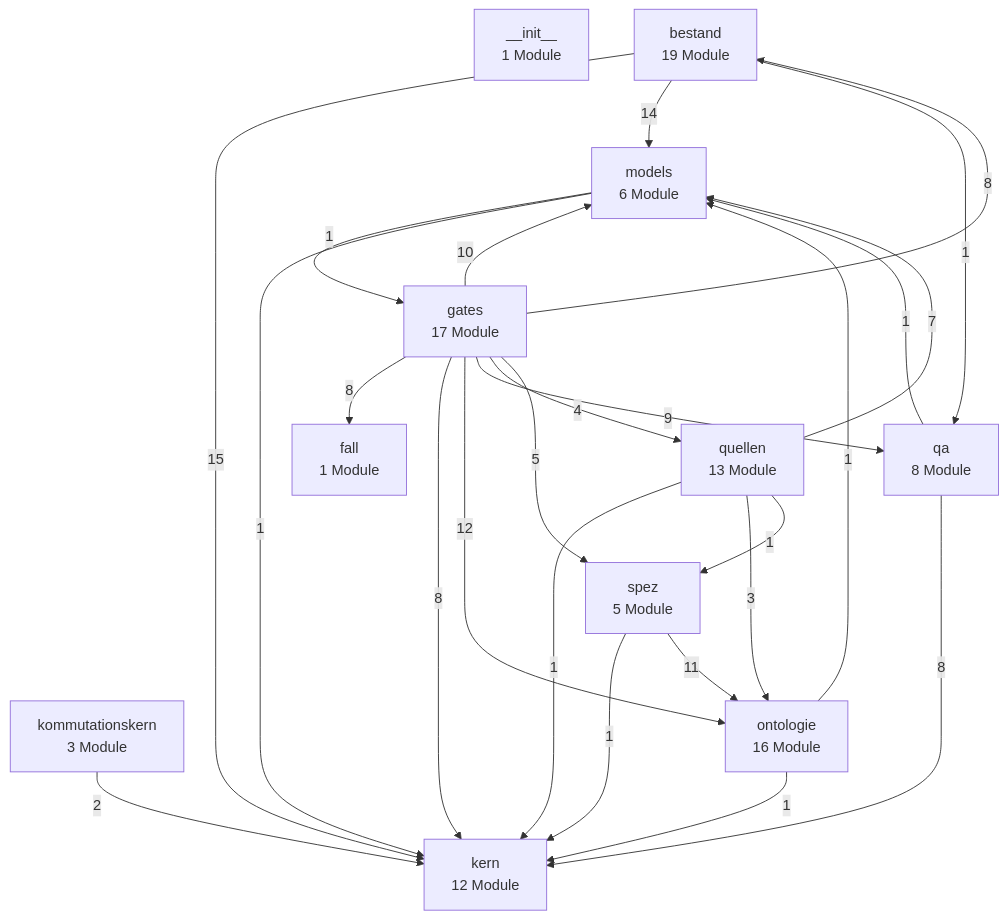
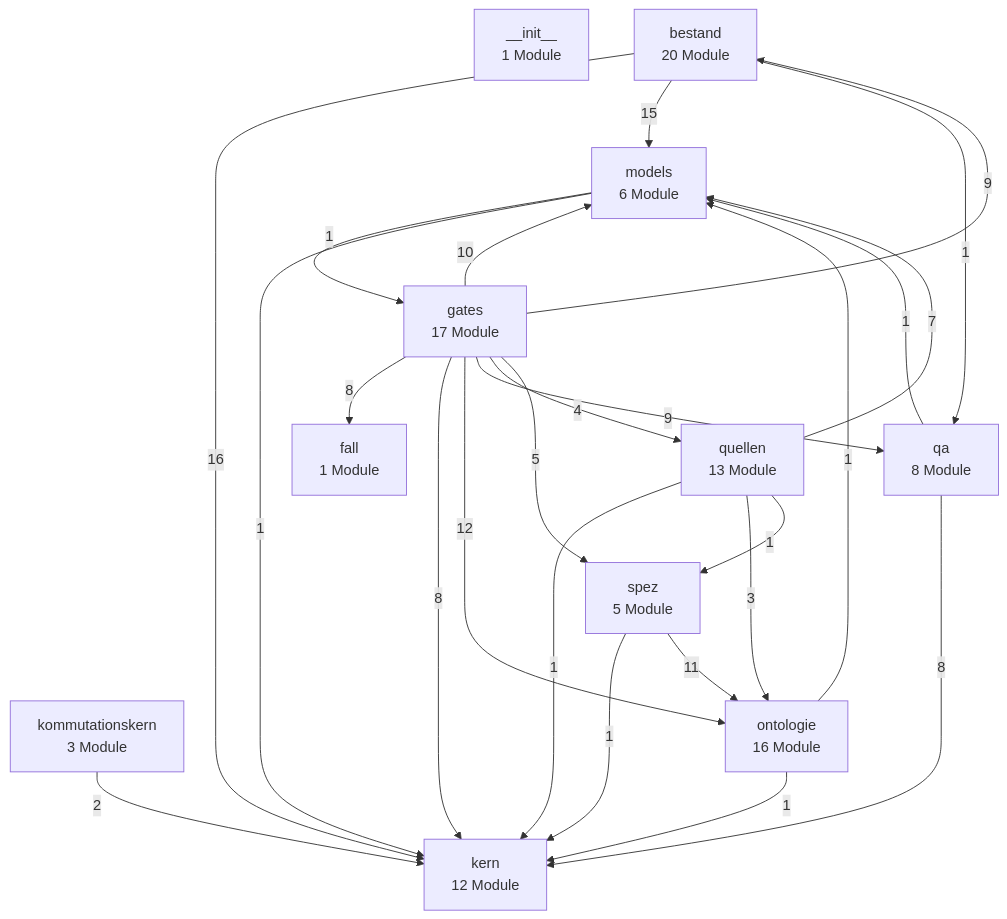
One commit to bartlmac/rechner-pipeline changed the first of 3 diagrams in docs/architektur/landkarte.md. Above: the diagram before and after it, drawn with Mermaid. The commit also changed other lines of this file and 30 other files, not shown here.

````diff
--- a/docs/architektur/landkarte.md
+++ b/docs/architektur/landkarte.md
@@ -27,39 +27,39 @@
 ```mermaid
 %% Schichten — erzeugt von ontologie.landkarte
 flowchart TD
     n__init__["__init__<br/>1 Module"]
-    bestand["bestand<br/>19 Module"]
+    bestand["bestand<br/>20 Module"]
     fall["fall<br/>1 Module"]
     gates["gates<br/>17 Module"]
     kern["kern<br/>12 Module"]
     kommutationskern["kommutationskern<br/>3 Module"]
     models["models<br/>6 Module"]
     ontologie["ontologie<br/>16 Module"]
     qa["qa<br/>8 Module"]
     quellen["quellen<br/>13 Module"]
     spez["spez<br/>5 Module"]
-    bestand -- 15 --> kern
-    bestand -- 14 --> models
+    bestand -- 16 --> kern
+    bestand -- 15 --> models
     bestand -- 1 --> qa
-    gates -- 8 --> bestand
+    gates -- 9 --> bestand
     gates -- 8 --> fall
     gates -- 8 --> kern
     gates -- 10 --> models
     gates -- 12 --> ontologie
     gates -- 9 --> qa
     gates -- 4 --> quellen
     gates -- 5 --> spez
     kommutationskern -- 2 --> kern
     models -- 1 --> gates
     models -- 1 --> kern
     ontologie -- 1 --> kern
     ontologie -- 1 --> models
     qa -- 8 --> kern
     qa -- 1 --> models
     quellen -- 1 --> kern
     quellen -- 7 --> models
     quellen -- 3 --> ontologie
     quellen -- 1 --> spez
     spez -- 1 --> kern
     spez -- 11 --> ontologie
 ```
````
